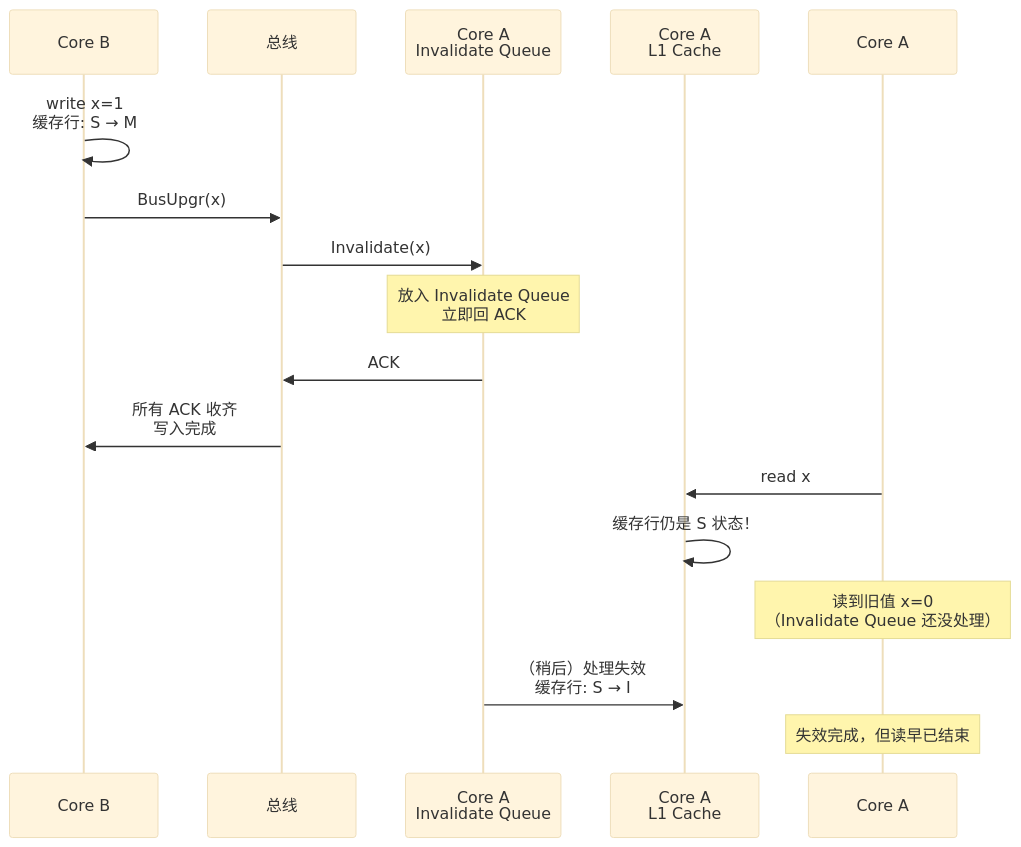
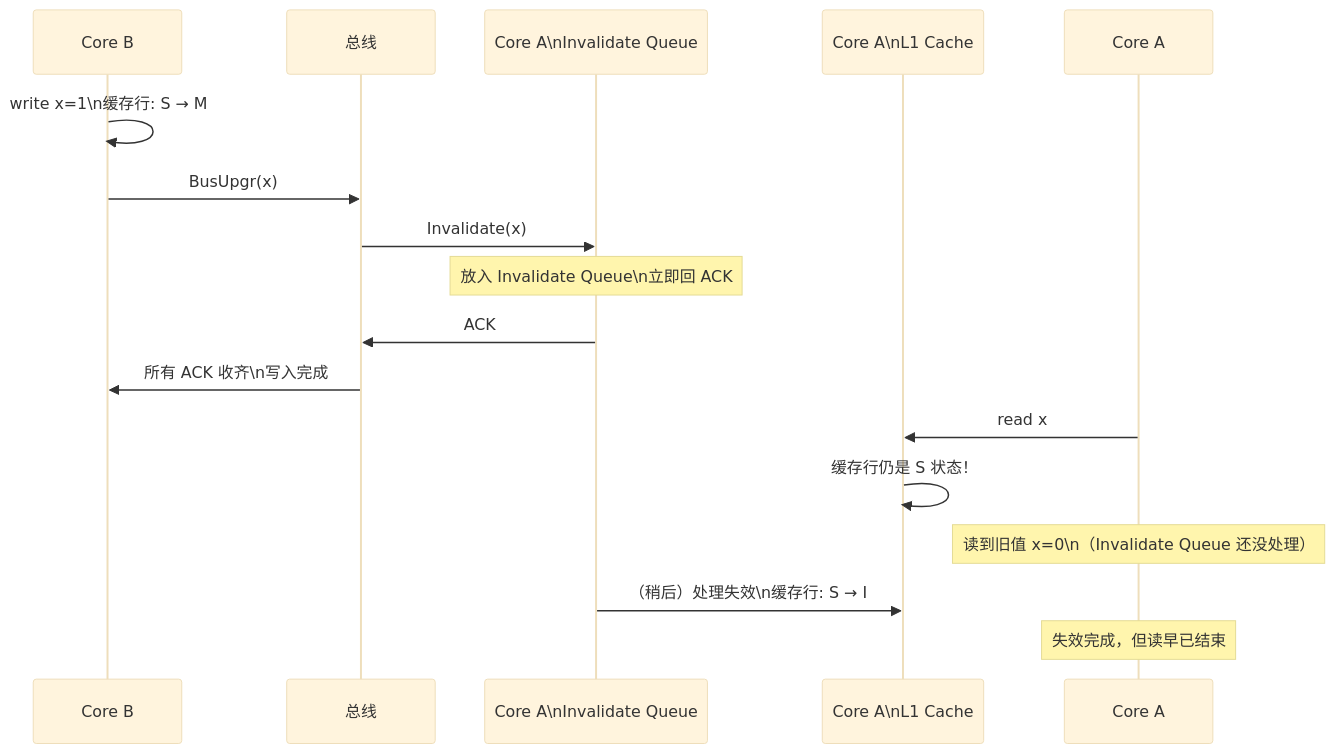
The eighth of 11 diagrams in content/posts/concurrency/MesiAndJmm.md (yaocat55/yaocat55.github.io), drawn with Mermaid (base theme) before and after one commit. The commit also changed other lines of this file and 155 other files, not shown here.

````diff
--- a/content/posts/concurrency/MesiAndJmm.md
+++ b/content/posts/concurrency/MesiAndJmm.md
@@ -514,22 +528,22 @@
 ```mermaid
 sequenceDiagram
     participant B as Core B
     participant BUS as 总线
-    participant IQ_A as Core A<br/>Invalidate Queue
-    participant L1_A as Core A<br/>L1 Cache
+    participant IQ_A as Core A\nInvalidate Queue
+    participant L1_A as Core A\nL1 Cache
     participant A as Core A
 
-    B->>B: write x=1<br/>缓存行: S → M
+    B->>B: write x=1\n缓存行: S → M
     B->>BUS: BusUpgr(x)
     BUS->>IQ_A: Invalidate(x)
-    Note over IQ_A: 放入 Invalidate Queue<br/>立即回 ACK
+    Note over IQ_A: 放入 Invalidate Queue\n立即回 ACK
     IQ_A->>BUS: ACK
-    BUS->>B: 所有 ACK 收齐<br/>写入完成
+    BUS->>B: 所有 ACK 收齐\n写入完成
 
     A->>L1_A: read x
     L1_A->>L1_A: 缓存行仍是 S 状态！
-    Note over A: 读到旧值 x=0<br/>（Invalidate Queue 还没处理）
+    Note over A: 读到旧值 x=0\n（Invalidate Queue 还没处理）
 
-    IQ_A->>L1_A: （稍后）处理失效<br/>缓存行: S → I
+    IQ_A->>L1_A: （稍后）处理失效\n缓存行: S → I
     Note over A: 失效完成，但读早已结束
 ```
````
